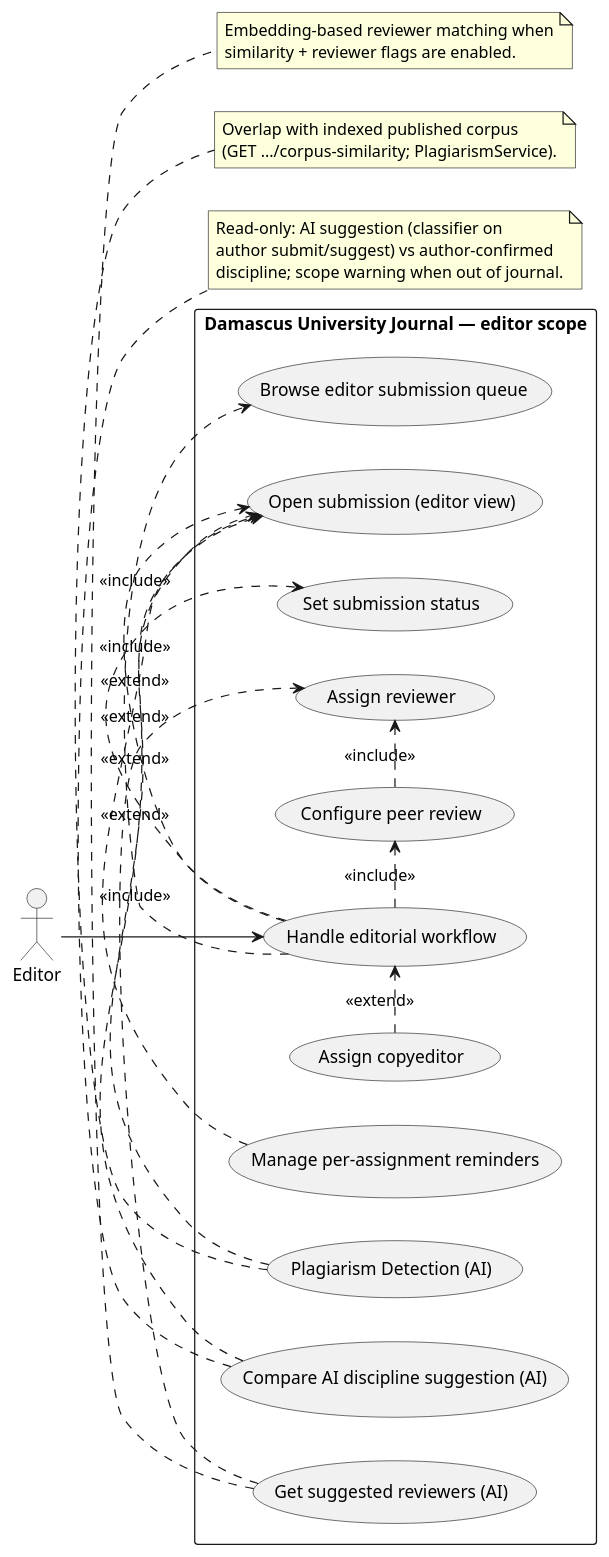
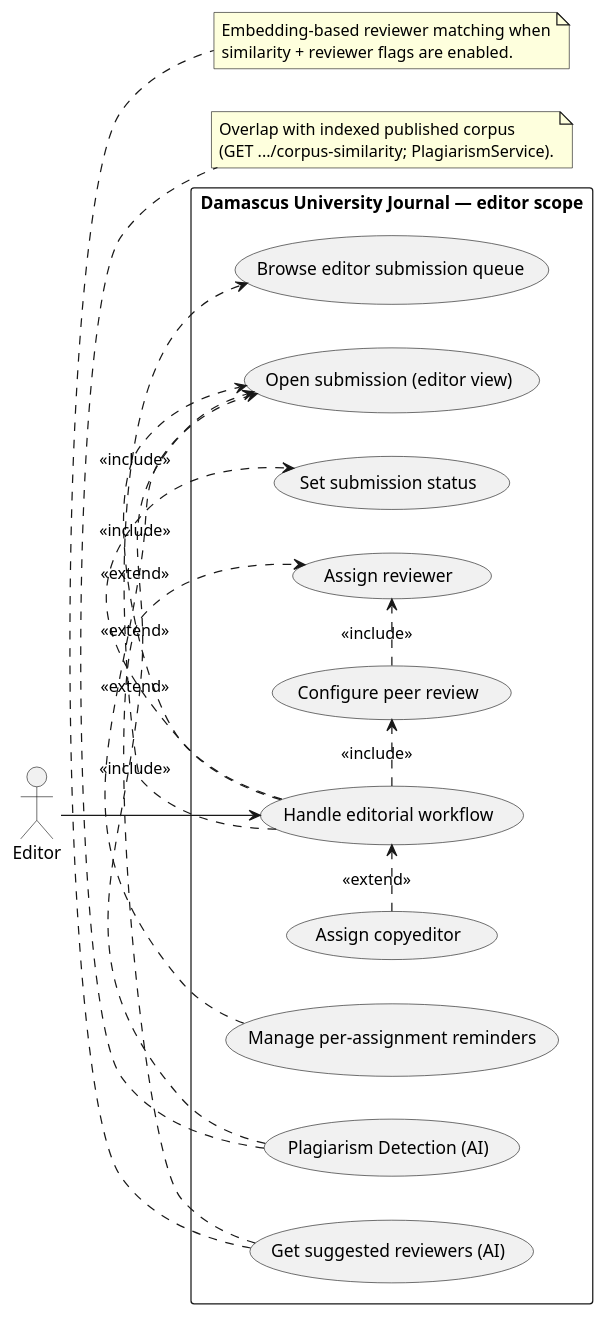
Before and after one commit to OmarNajiAlhayek/folio: the diagram in docs/diagrams/use-cases/editor.puml, drawn with PlantUML. The commit also changed 128 other files, not shown here.

```diff
--- a/docs/diagrams/use-cases/editor.puml
+++ b/docs/diagrams/use-cases/editor.puml
@@ -1,58 +1,50 @@
 @startuml folio-editor-use-cases
 ' Damascus University Journal — Editor essentials (workflow + peer review; excludes journal-manager-only scope)
-' AI: plagiarism detection, discipline comparison, suggested reviewers (docs/plans/ai-service.md)
+' AI: plagiarism detection, suggested reviewers (docs/plans/ai-service.md)
 ' Render: https://www.plantuml.com/plantuml
 
 left to right direction
 skinparam packageStyle rectangle
 skinparam actorStyle stickman
 
 actor "Editor" as ED
 
 rectangle "Damascus University Journal — editor scope" {
 
   usecase "Handle editorial workflow" as UC_Workflow
   usecase "Browse editor submission queue" as UC_Queue
   usecase "Open submission (editor view)" as UC_Open
   usecase "Set submission status" as UC_Status
   usecase "Configure peer review" as UC_PeerReview
   usecase "Assign reviewer" as UC_AssignReviewer
   usecase "Assign copyeditor" as UC_AssignCopyeditor
   usecase "Manage per-assignment reminders" as UC_Reminders
 
   usecase "Plagiarism Detection (AI)" as UC_AiPlagiarism
-  usecase "Compare AI discipline suggestion (AI)" as UC_AiDiscipline
   usecase "Get suggested reviewers (AI)" as UC_AiReviewers
 }
 
 ED --> UC_Workflow
 
 UC_Workflow .> UC_Queue : <<include>>
 UC_Workflow .> UC_Open : <<include>>
 UC_Workflow .> UC_Status : <<include>>
 UC_Workflow .> UC_PeerReview : <<include>>
 UC_PeerReview .> UC_AssignReviewer : <<include>>
 UC_AssignCopyeditor .> UC_Workflow : <<extend>>
 UC_Reminders .> UC_Open : <<extend>>
 
 UC_AiPlagiarism .> UC_Open : <<extend>>
-UC_AiDiscipline .> UC_Open : <<extend>>
 UC_AiReviewers .> UC_AssignReviewer : <<extend>>
-
-note bottom of UC_AiDiscipline
-  Read-only: AI suggestion (classifier on
-  author submit/suggest) vs author-confirmed
-  discipline; scope warning when out of journal.
-end note
 
 note bottom of UC_AiPlagiarism
   Overlap with indexed published corpus
   (GET .../corpus-similarity; PlagiarismService).
 end note
 
 note bottom of UC_AiReviewers
   Embedding-based reviewer matching when
   similarity + reviewer flags are enabled.
 end note
 
 @enduml
```
